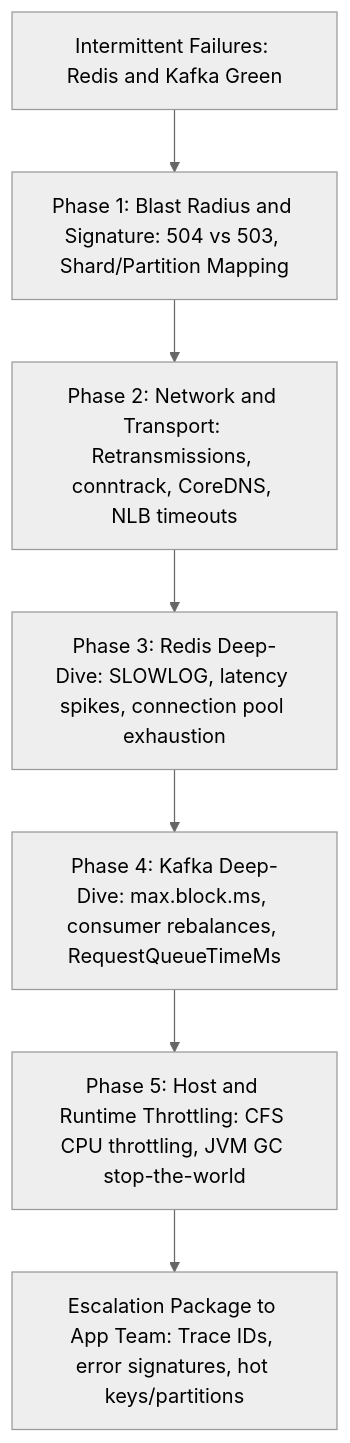
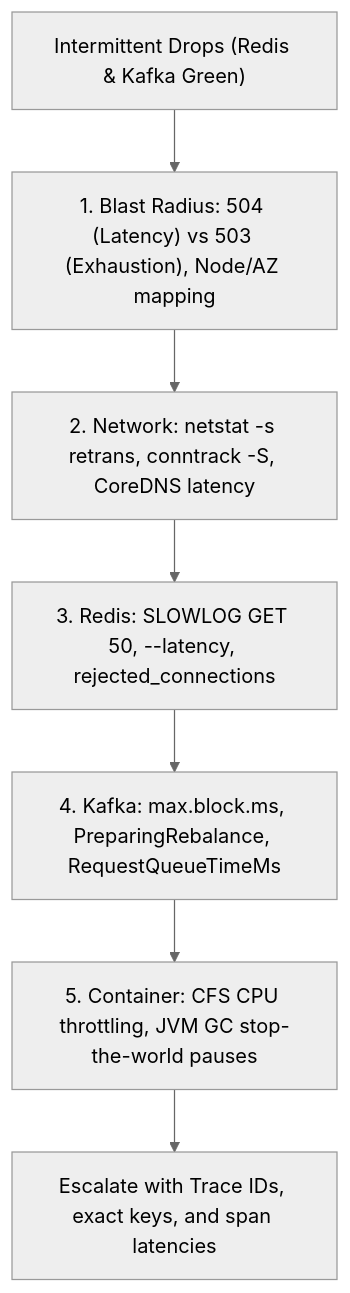
The first of 2 diagrams in Interview_questions/real_usecase_interview_question.md (Inderjit-blaggan/Notes), drawn with Mermaid (neutral theme) before and after one commit. The commit also changed other lines of this file and 4 other files, not shown here.

````diff
--- a/Interview_questions/real_usecase_interview_question.md
+++ b/Interview_questions/real_usecase_interview_question.md
@@ -31,9 +150,9 @@
 ```mermaid
 flowchart TD
-    Start["Intermittent Failures: Redis and Kafka Green"] --> Phase1["Phase 1: Blast Radius and Signature: 504 vs 503, Shard/Partition Mapping"]
-    Phase1 --> Phase2["Phase 2: Network and Transport: Retransmissions, conntrack, CoreDNS, NLB timeouts"]
-    Phase2 --> Phase3["Phase 3: Redis Deep-Dive: SLOWLOG, latency spikes, connection pool exhaustion"]
-    Phase3 --> Phase4["Phase 4: Kafka Deep-Dive: max.block.ms, consumer rebalances, RequestQueueTimeMs"]
-    Phase4 --> Phase5["Phase 5: Host and Runtime Throttling: CFS CPU throttling, JVM GC stop-the-world"]
-    Phase5 --> Escalate["Escalation Package to App Team: Trace IDs, error signatures, hot keys/partitions"]
+    Start["Intermittent Drops (Redis & Kafka Green)"] --> Phase1["1. Blast Radius: 504 (Latency) vs 503 (Exhaustion), Node/AZ mapping"]
+    Phase1 --> Phase2["2. Network: netstat -s retrans, conntrack -S, CoreDNS latency"]
+    Phase2 --> Phase3["3. Redis: SLOWLOG GET 50, --latency, rejected_connections"]
+    Phase3 --> Phase4["4. Kafka: max.block.ms, PreparingRebalance, RequestQueueTimeMs"]
+    Phase4 --> Phase5["5. Container: CFS CPU throttling, JVM GC stop-the-world pauses"]
+    Phase5 --> Escalate["Escalate with Trace IDs, exact keys, and span latencies"]
 ```
````
